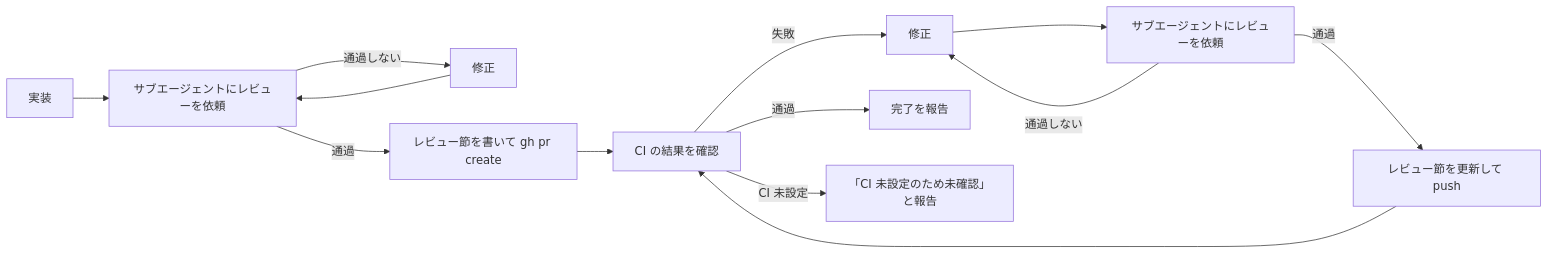
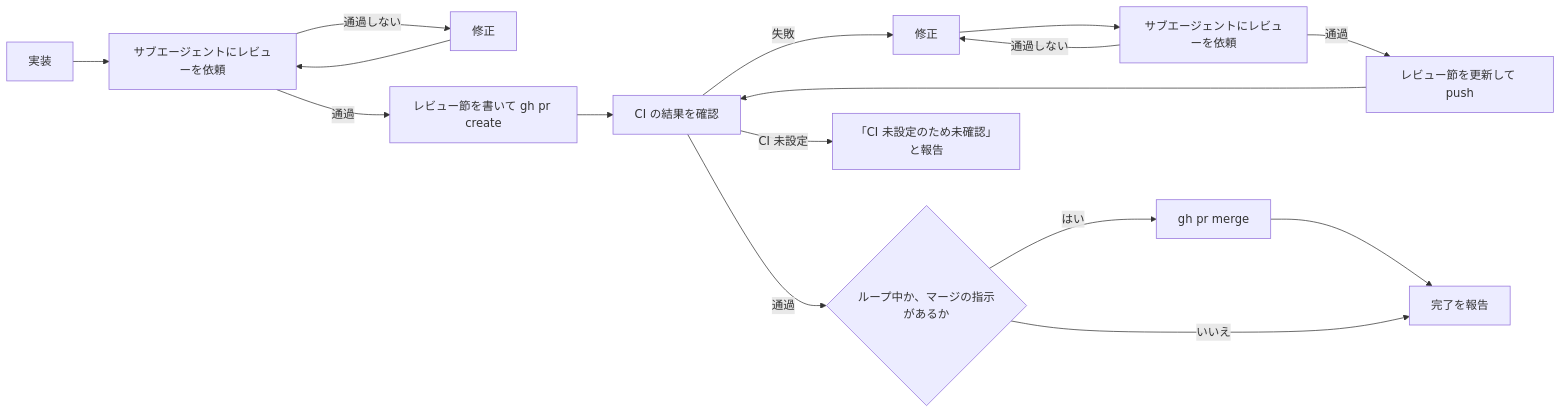
Before and after one commit to sumiredc/molt: the diagram in .claude/skills/creating-pr/SKILL.md, drawn with Mermaid. The commit also changed other lines of this file, not shown here.

````diff
--- a/.claude/skills/creating-pr/SKILL.md
+++ b/.claude/skills/creating-pr/SKILL.md
@@ -11,15 +12,17 @@
 ```mermaid
 flowchart LR
   A[実装] --> B[サブエージェントにレビューを依頼]
   B -->|通過しない| C[修正]
   C --> B
   B -->|通過| D[レビュー節を書いて gh pr create]
   D --> E[CI の結果を確認]
   E -->|失敗| F[修正]
   F --> H[サブエージェントにレビューを依頼]
   H -->|通過しない| F
   H -->|通過| I[レビュー節を更新して push]
   I --> E
-  E -->|通過| G[完了を報告]
+  E -->|通過| K{ループ中か、マージの指示があるか}
+  K -->|はい| L[gh pr merge] --> G[完了を報告]
+  K -->|いいえ| G
   E -->|CI 未設定| J[「CI 未設定のため未確認」と報告]
 ```
````
